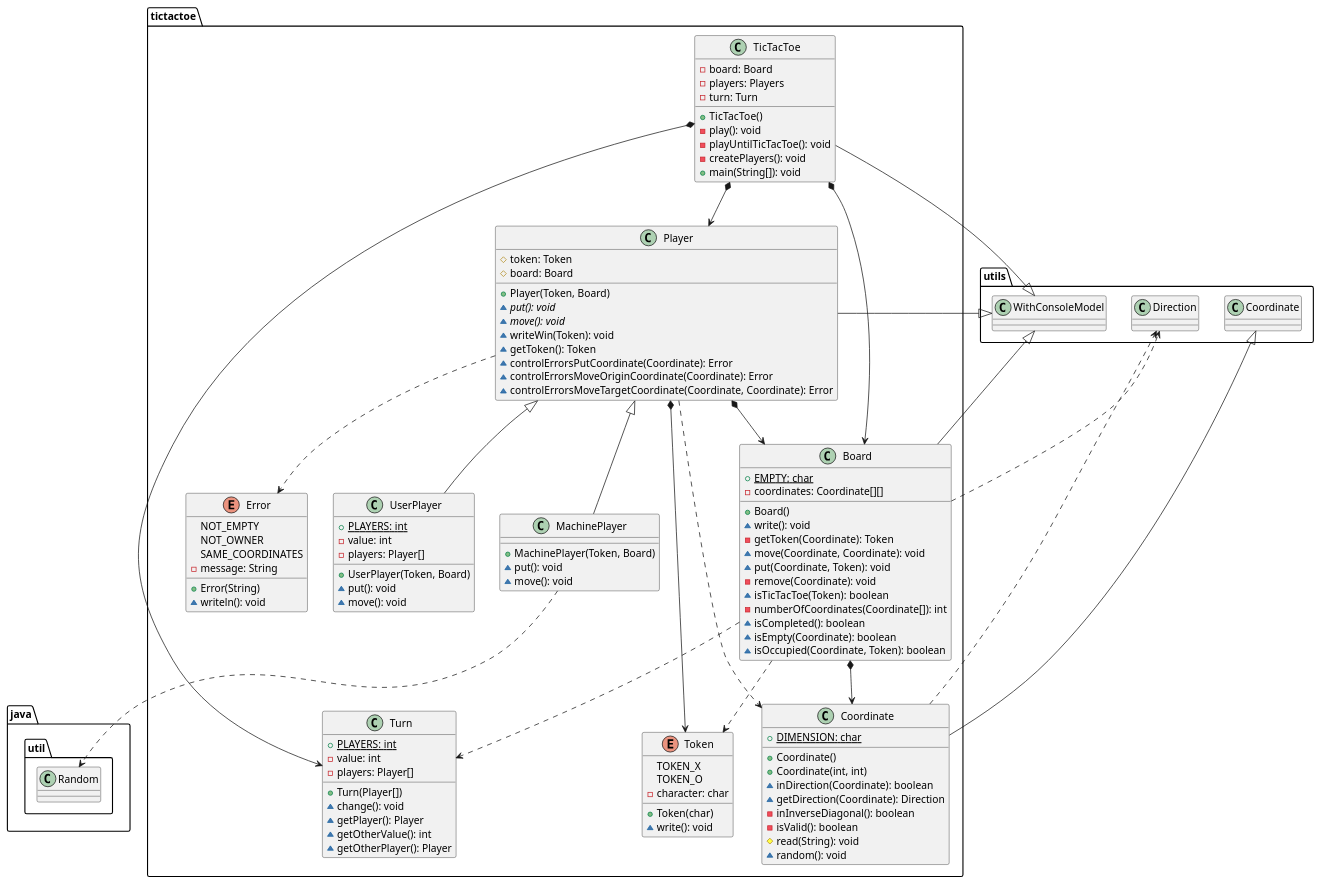
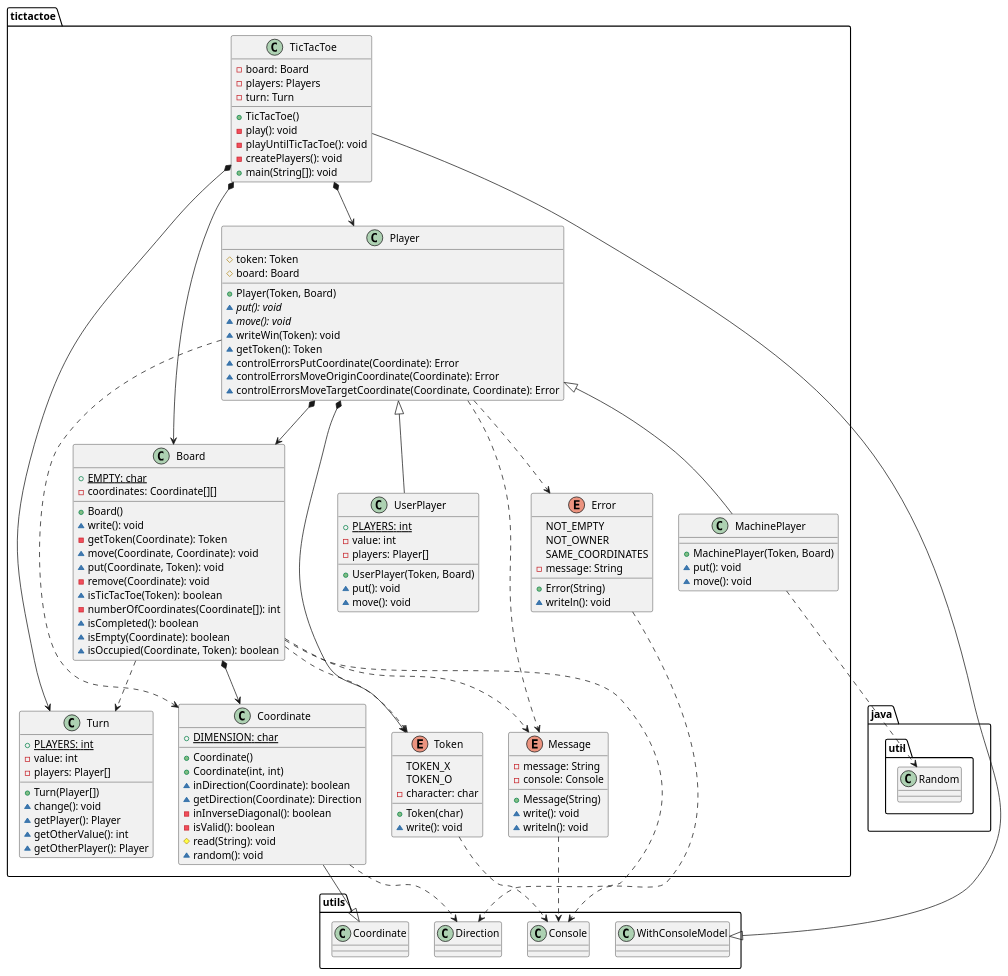
Before and after one commit to x-USantaTecla-game-ticTacToe/java: the second of 4 diagrams in docs/src/docs/asciidoc/index.adoc, drawn with PlantUML. The commit also changed 8 other files, not shown here.

```diff
--- a/docs/src/docs/asciidoc/index.adoc
+++ b/docs/src/docs/asciidoc/index.adoc
@@ -65,11 +65,11 @@
 ~ isEmpty(Coordinate): boolean
 ~ isOccupied(Coordinate, Token): boolean
 }
-utils.WithConsoleModel <|-down- tictactoe.Board
 tictactoe.Board *-down-> tictactoe.Coordinate
 tictactoe.Board ..> tictactoe.Token
 tictactoe.Board ..> tictactoe.Turn
 tictactoe.Board ..> utils.Direction
+tictactoe.Board ..> tictactoe.Message
 
 class  tictactoe.Coordinate{
 + {static} DIMENSION: char
@@ -93,6 +93,7 @@
 + Error(String)
 ~ writeln(): void
 }
+tictactoe.Error ..> utils.Console
 
 class  tictactoe.MachinePlayer{
 + MachinePlayer(Token, Board)
@@ -101,6 +102,15 @@
 }
 tictactoe.Player <|-down- tictactoe.MachinePlayer
 tictactoe.MachinePlayer ..> java.util.Random
+
+enum  tictactoe.Message{
+- message: String
+- console: Console
++ Message(String)
+~ write(): void
+~ writeln(): void
+}
+tictactoe.Message ..> utils.Console
 
 class  tictactoe.Player{
 # token: Token
@@ -114,11 +124,11 @@
 ~ controlErrorsMoveOriginCoordinate(Coordinate): Error
 ~ controlErrorsMoveTargetCoordinate(Coordinate, Coordinate): Error
 }
-utils.WithConsoleModel <|-down- tictactoe.Player
 tictactoe.Player *-down-> tictactoe.Token
 tictactoe.Player *-down-> tictactoe.Board
 tictactoe.Player ..> tictactoe.Coordinate
 tictactoe.Player ..> tictactoe.Error
+tictactoe.Player ..> tictactoe.Message
 
 class  tictactoe.TicTacToe{
 - board: Board
@@ -142,6 +152,7 @@
 + Token(char)
 ~ write(): void
 }
+tictactoe.Token..> utils.Console
 
 class  tictactoe.Turn{
 + {static} PLAYERS: int
```
